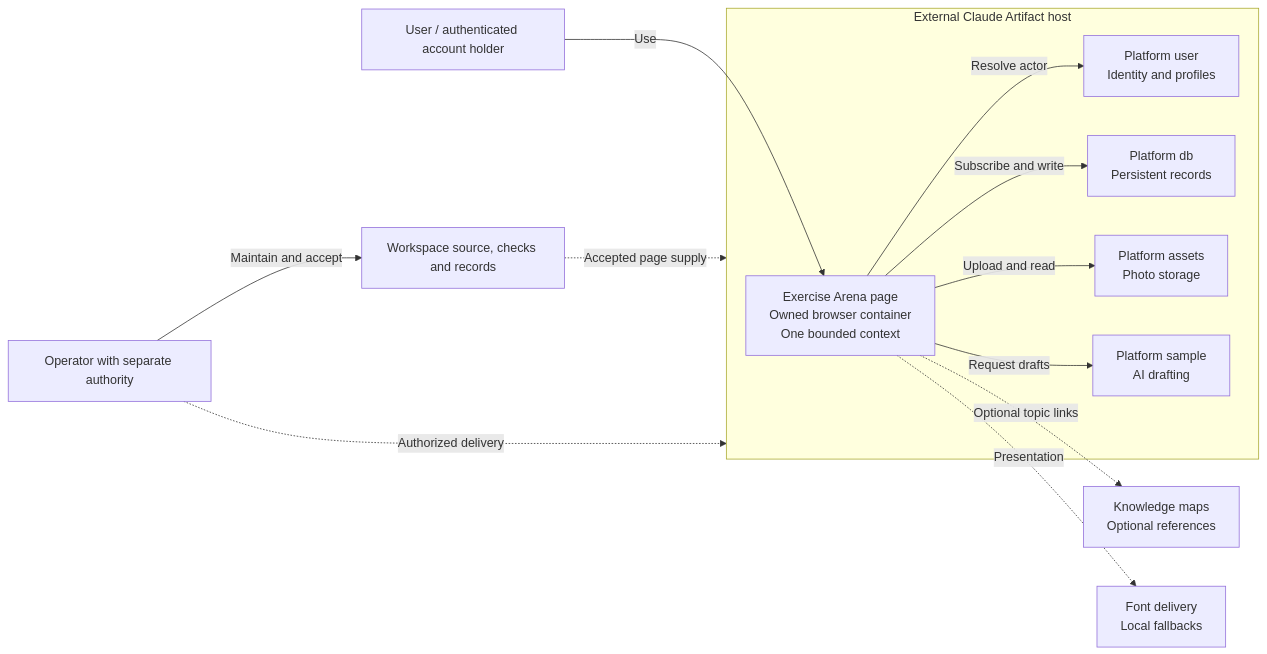
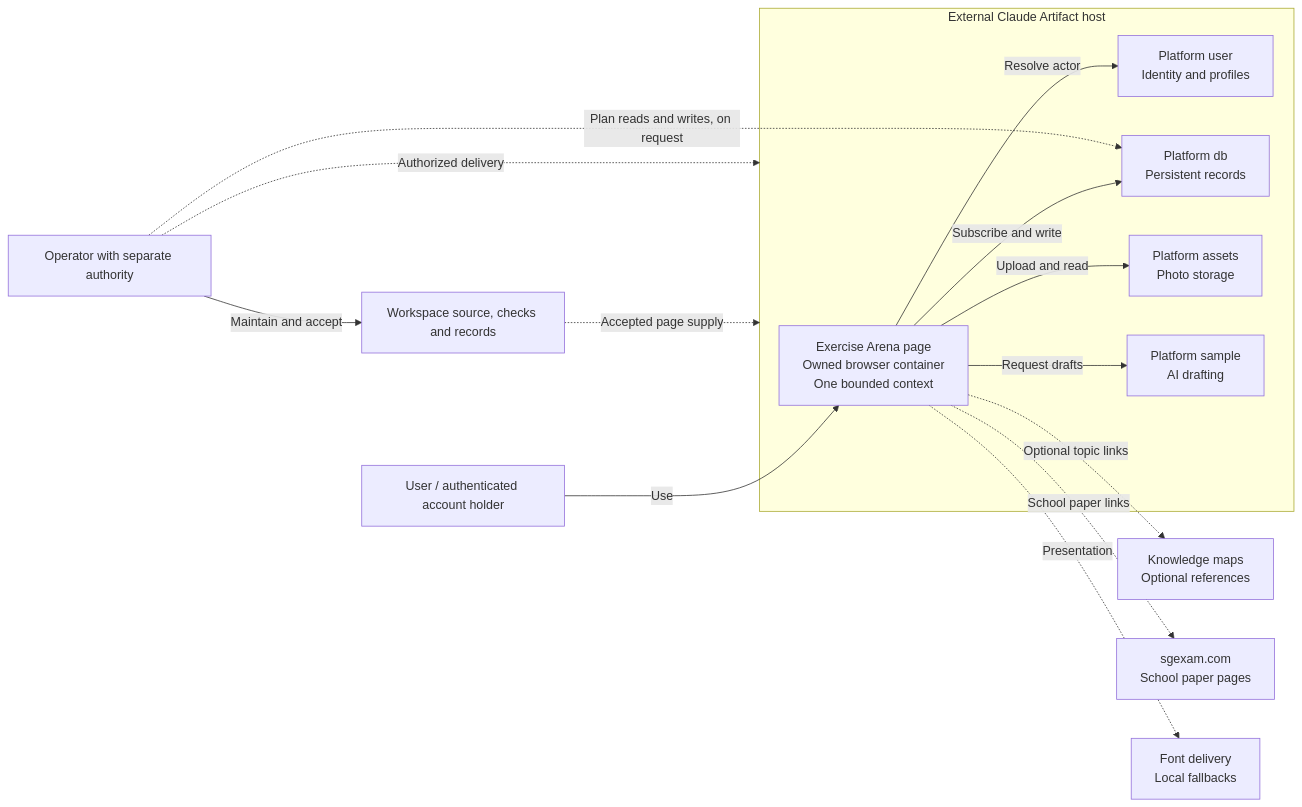
Before and after one commit to lengthlong/exercise_arena: the diagram in model/arch/CONTAINER.md, drawn with Mermaid. The commit also changed other lines of this file and 20 other files, not shown here.

Commit message:
Write off 0050: PSLE paper plan sub-tab and Questions per day finish forecast

````diff
--- a/model/arch/CONTAINER.md
+++ b/model/arch/CONTAINER.md
@@ -5,25 +5,28 @@
 ```mermaid
 flowchart LR
     U["User / authenticated account holder"]
     O["Operator with separate authority"]
     W["Workspace source, checks and records"]
     subgraph Host["External Claude Artifact host"]
         P["Exercise Arena page<br/>Owned browser container<br/>One bounded context"]
         I["Platform user<br/>Identity and profiles"]
         D["Platform db<br/>Persistent records"]
         A["Platform assets<br/>Photo storage"]
         AI["Platform sample<br/>AI drafting"]
     end
     K["Knowledge maps<br/>Optional references"]
+    X["sgexam.com<br/>School paper pages"]
     F["Font delivery<br/>Local fallbacks"]
     U -->|Use| P
     P -->|Resolve actor| I
     P -->|Subscribe and write| D
     P -->|Upload and read| A
     P -->|Request drafts| AI
     P -. Optional topic links .-> K
+    P -. School paper links .-> X
+    O -. Plan reads and writes, on request .-> D
     P -. Presentation .-> F
     O -->|Maintain and accept| W
     W -. Accepted page supply .-> Host
     O -. Authorized delivery .-> Host
 ```
````
